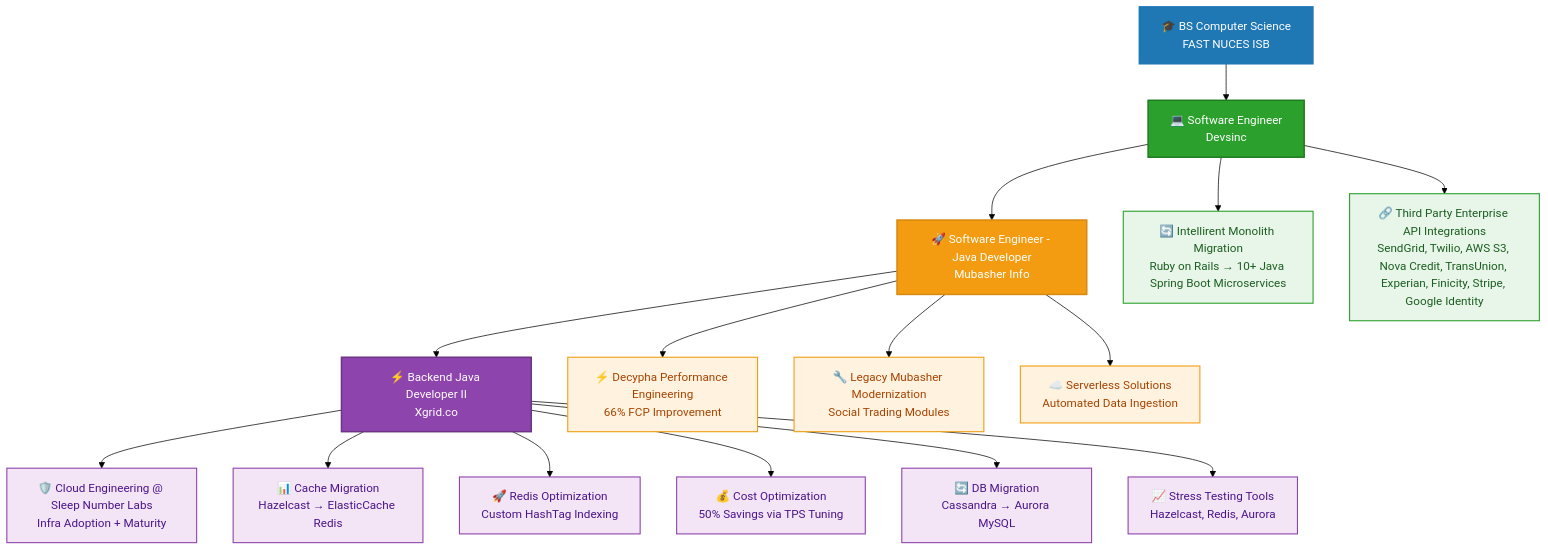
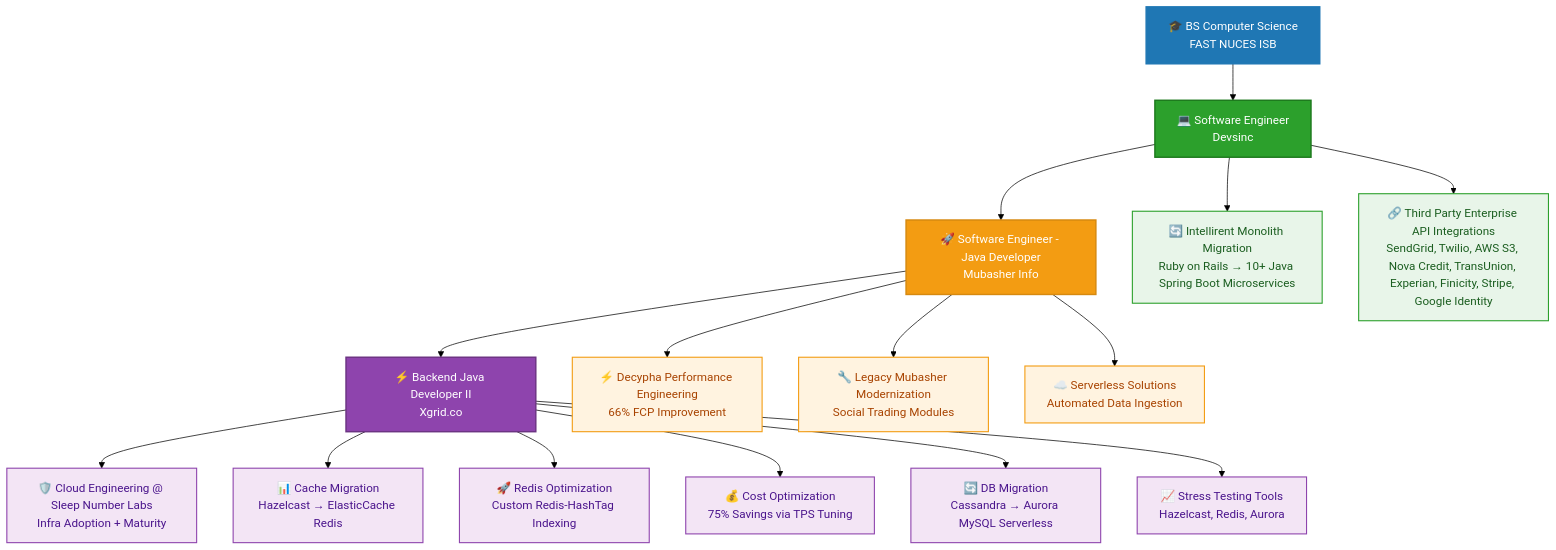
One commit to khawaja-abdullah/khawaja-abdullah changed the diagram in README.md. Above: the diagram before and after it, drawn with Mermaid (forest theme).

Commit message:
minor updates

````diff
--- a/README.md
+++ b/README.md
@@ -152,43 +152,43 @@
 ```mermaid
 flowchart TD
     A[🎓 BS Computer Science<br/>FAST NUCES ISB] --> B[💻 Software Engineer<br/>Devsinc]
     B --> C[🚀 Software Engineer - Java Developer<br/>Mubasher Info]
     C --> D[⚡ Backend Java Developer II<br/>Xgrid.co]
     
     B --> B1[🔄 Intellirent Monolith Migration<br/>Ruby on Rails → 10+ Java Spring Boot Microservices]
     B --> B2[🔗 Third Party Enterprise API Integrations<br/>SendGrid, Twilio, AWS S3, Nova Credit, TransUnion, Experian, Finicity, Stripe, Google Identity]
     
     C --> C1[⚡ Decypha Performance Engineering<br/>66% FCP Improvement]
     C --> C2[🔧 Legacy Mubasher Modernization<br/>Social Trading Modules]
     C --> C3[☁️ Serverless Solutions<br/>Automated Data Ingestion]
     
     D --> D1[🛡️ Cloud Engineering @ Sleep Number Labs<br/>Infra Adoption + Maturity]
     D --> D2[📊 Cache Migration<br/>Hazelcast → ElasticCache Redis]
-    D --> D3[🚀 Redis Optimization<br/>Custom HashTag Indexing]
-    D --> D4[💰 Cost Optimization<br/>50% Savings via TPS Tuning]
-    D --> D5[🔄 DB Migration<br/>Cassandra → Aurora MySQL]
+    D --> D3[🚀 Redis Optimization<br/>Custom Redis-HashTag Indexing]
+    D --> D4[💰 Cost Optimization<br/>75% Savings via TPS Tuning]
+    D --> D5[🔄 DB Migration<br/>Cassandra → Aurora MySQL Serverless]
     D --> D6[📈 Stress Testing Tools<br/>Hazelcast, Redis, Aurora]
 
     %% Main Nodes
     style A fill:#1F77B4,stroke:#1F77B4,stroke-width:2px,color:#ffffff
     style B fill:#2CA02C,stroke:#1E7A1E,stroke-width:2px,color:#ffffff
     style C fill:#F39C12,stroke:#D68910,stroke-width:2px,color:#ffffff
     style D fill:#8E44AD,stroke:#6C3483,stroke-width:2px,color:#ffffff
 
     %% Devsinc Nodes
     style B1 fill:#E8F5E9,stroke:#2CA02C,stroke-width:1.5px,color:#1B5E20
     style B2 fill:#E8F5E9,stroke:#2CA02C,stroke-width:1.5px,color:#1B5E20
 
     %% Mubasher Nodes
     style C1 fill:#FFF3E0,stroke:#F39C12,stroke-width:1.5px,color:#A84300
     style C2 fill:#FFF3E0,stroke:#F39C12,stroke-width:1.5px,color:#A84300
     style C3 fill:#FFF3E0,stroke:#F39C12,stroke-width:1.5px,color:#A84300
 
     %% Xgrid Nodes
     style D1 fill:#F3E5F5,stroke:#8E44AD,stroke-width:1.5px,color:#4A148C
     style D2 fill:#F3E5F5,stroke:#8E44AD,stroke-width:1.5px,color:#4A148C
     style D3 fill:#F3E5F5,stroke:#8E44AD,stroke-width:1.5px,color:#4A148C
     style D4 fill:#F3E5F5,stroke:#8E44AD,stroke-width:1.5px,color:#4A148C
     style D5 fill:#F3E5F5,stroke:#8E44AD,stroke-width:1.5px,color:#4A148C
     style D6 fill:#F3E5F5,stroke:#8E44AD,stroke-width:1.5px,color:#4A148C
 ```
````
